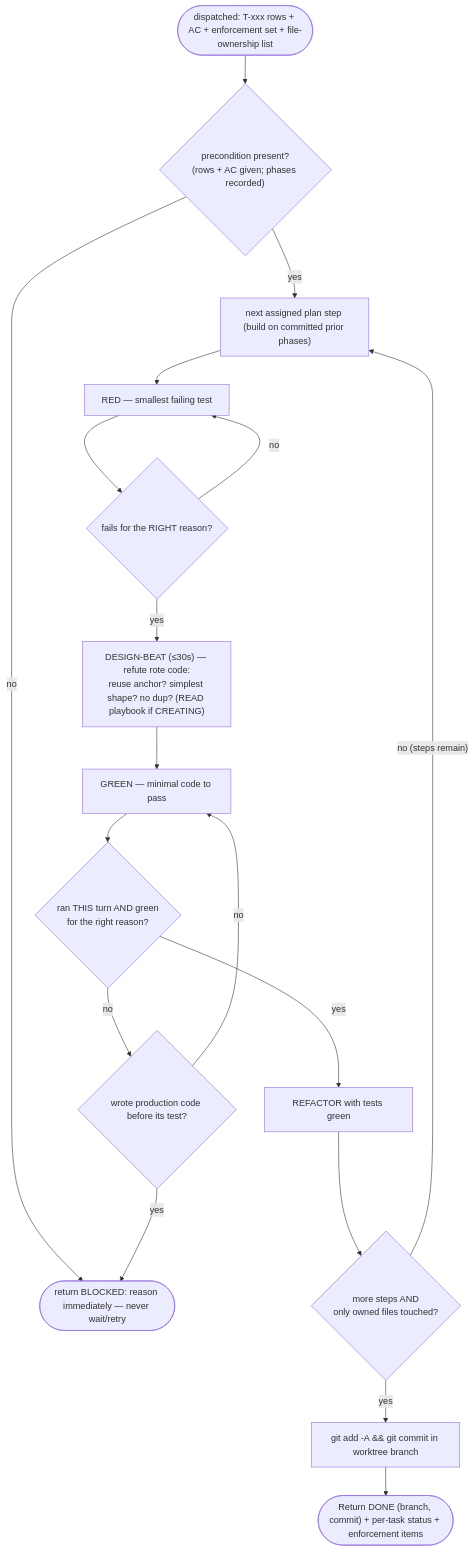
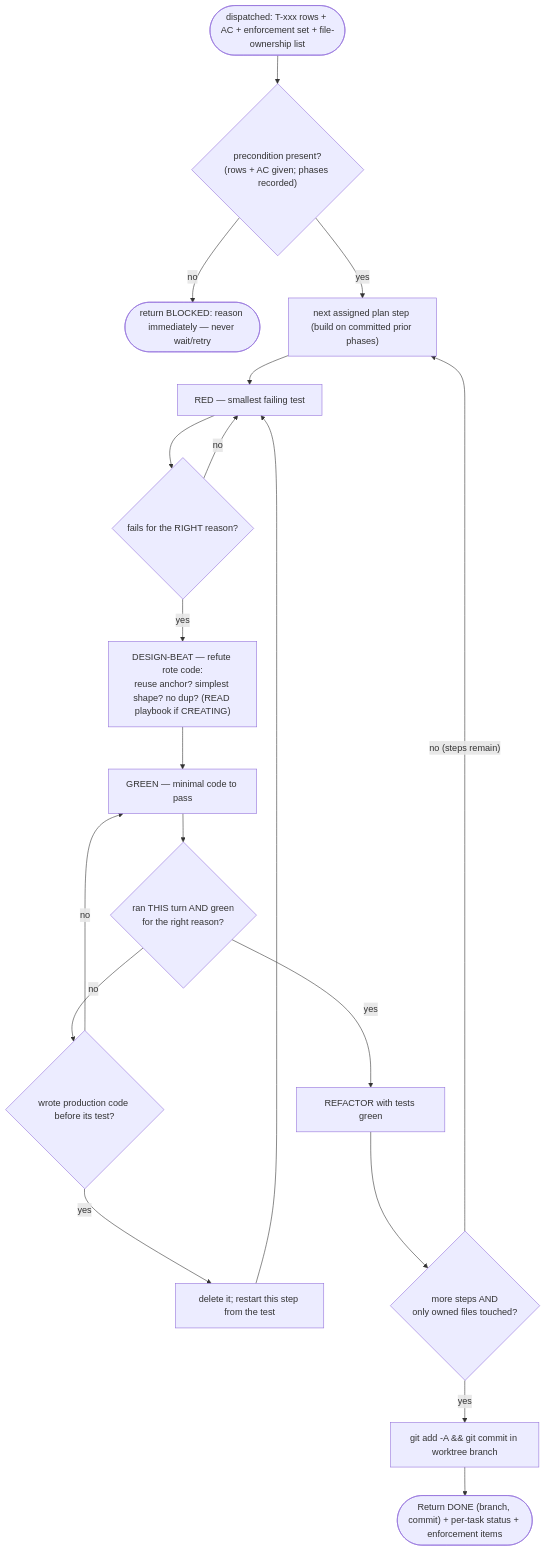
The diagram in agents/claudehut-implementer.md (taipt1504/claudehut), drawn with Mermaid before and after one commit. The commit also changed other lines of this file and 60 other files, not shown here.

````diff
--- a/agents/claudehut-implementer.md
+++ b/agents/claudehut-implementer.md
@@ -30,20 +30,20 @@
 ```mermaid
 flowchart TB
     a(["dispatched: T-xxx rows + AC + enforcement set + file-ownership list"]) --> pre{"precondition present?<br/>(rows + AC given; phases recorded)"}
     pre -- "no" --> blk(["return BLOCKED: reason immediately — never wait/retry"])
     pre -- "yes" --> step["next assigned plan step (build on committed prior phases)"]
     step --> red["RED — smallest failing test"]
     red --> rr{"fails for the RIGHT reason?"}
     rr -- "no" --> red
-    rr -- "yes" --> beat["DESIGN-BEAT (≤30s) — refute rote code:<br/>reuse anchor? simplest shape? no dup? (READ playbook if CREATING)"]
+    rr -- "yes" --> beat["DESIGN-BEAT — refute rote code:<br/>reuse anchor? simplest shape? no dup? (READ playbook if CREATING)"]
     beat --> green["GREEN — minimal code to pass"]
     green --> ev{"ran THIS turn AND green<br/>for the right reason?"}
-    ev -- "no" --> iron{"wrote production code before its test?"}
-    iron -- "yes" --> blk
-    iron -- "no" --> green
+    ev -- "no" --> first{"wrote production code before its test?"}
+    first -- "yes" --> del["delete it; restart this step from the test"] --> red
+    first -- "no" --> green
     ev -- "yes" --> refac["REFACTOR with tests green"]
     refac --> more{"more steps AND<br/>only owned files touched?"}
     more -- "no (steps remain)" --> step
     more -- "yes" --> commit["git add -A && git commit in worktree branch"]
     commit --> out(["Return DONE (branch, commit) + per-task status + enforcement items"])
 ```
````
